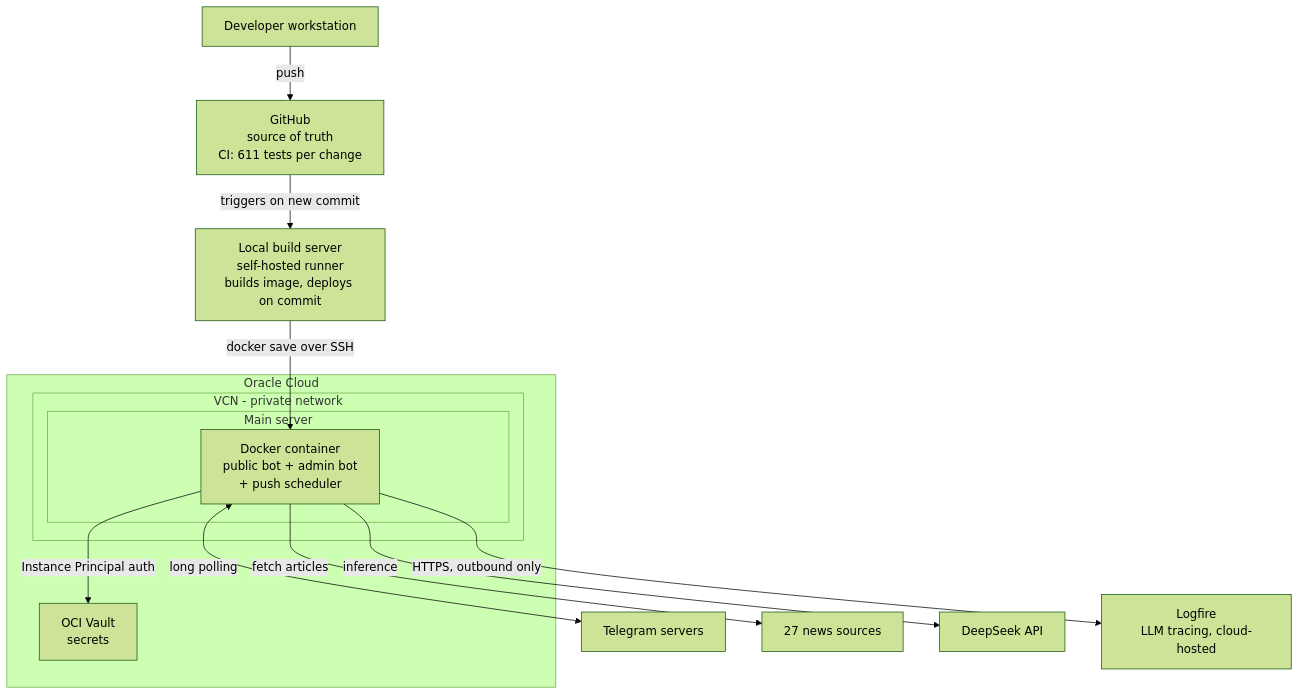
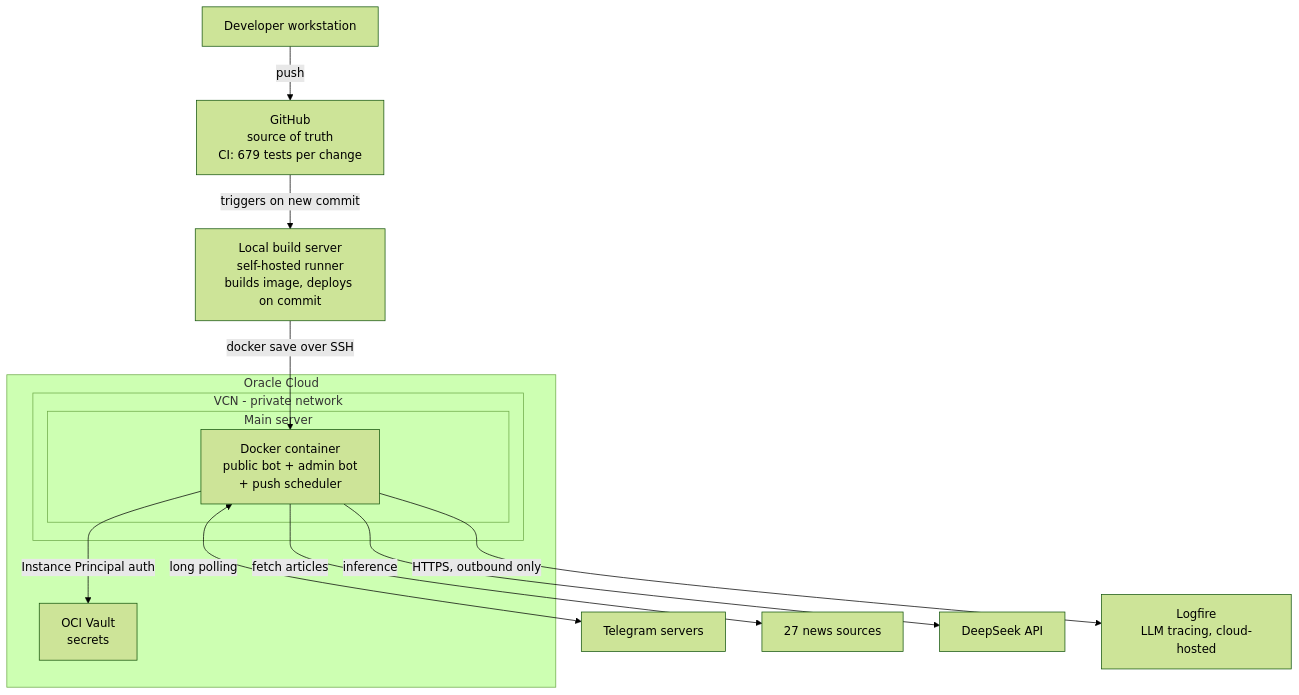
The first of 6 diagrams in docs/system-overview.md (nankma/argus), drawn with Mermaid (forest theme) before and after one commit. The commit also changed other lines of this file, not shown here.

First line of the commit message:
Document the real monitoring/alerting architecture in the system overview (#49)

````diff
--- a/docs/system-overview.md
+++ b/docs/system-overview.md
@@ -134,28 +134,28 @@
 ```mermaid
 flowchart TB
     DEV["Developer workstation"]
-    GH["GitHub<br/>source of truth<br/>CI: 611 tests per change"]
+    GH["GitHub<br/>source of truth<br/>CI: 679 tests per change"]
     BUILD["Local build server<br/>self-hosted runner<br/>builds image, deploys on commit"]
     TG["Telegram servers"]
     EXT["27 news sources"]
     LLM["DeepSeek API"]
     LOGFIRE["Logfire<br/>LLM tracing, cloud-hosted"]
 
     subgraph OCI["Oracle Cloud"]
         V["OCI Vault<br/>secrets"]
         subgraph VCN["VCN - private network"]
             subgraph BotVM["Main server"]
                 C["Docker container<br/>public bot + admin bot<br/>+ push scheduler"]
             end
         end
     end
 
     DEV -->|push| GH
     GH -->|triggers on new commit| BUILD
     BUILD -->|"docker save over SSH"| C
     C <-->|long polling| TG
     C -->|Instance Principal auth| V
     C -->|fetch articles| EXT
     C -->|inference| LLM
     C -->|"HTTPS, outbound only"| LOGFIRE
 ```
````
